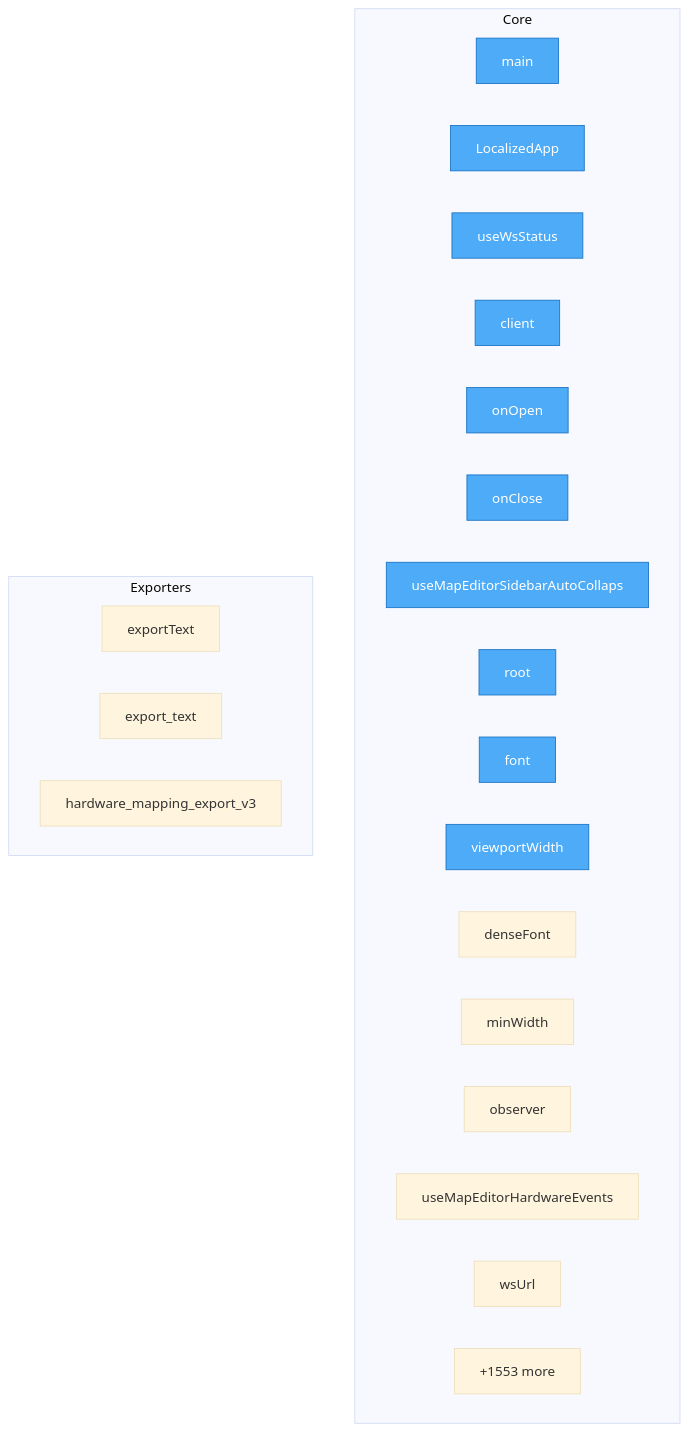
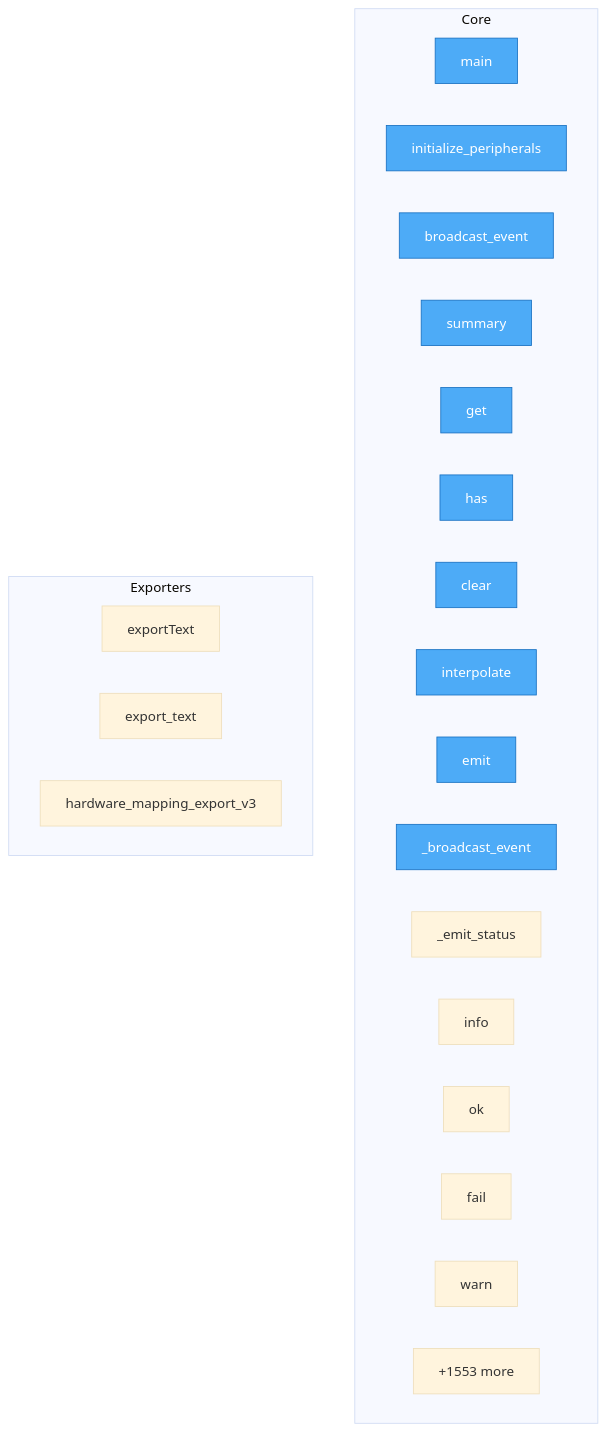
One commit to oqlos/oqlos changed the diagram in project/flow.mmd. Above: the diagram before and after it, drawn with Mermaid (base theme). The commit also changed 21 other files, not shown here.

```diff
--- a/project/flow.mmd
+++ b/project/flow.mmd
@@ -1,32 +1,32 @@
 flowchart TD
-%% generated in 0.08s
+%% generated in 0.06s
 
     %% Entry points (blue)
     classDef entry fill:#4dabf7,stroke:#1971c2,color:#fff
 
     subgraph Core
         setup_hardware_and_run_oql__main["main"]
-        frontend__src__main__LocalizedApp["LocalizedApp"]
-        frontend__src__hooks__useWsStatus__useWsStatus["useWsStatus"]
-        frontend__src__hooks__useWsStatus__client["client"]
-        frontend__src__hooks__useWsStatus__onOpen["onOpen"]
-        frontend__src__hooks__useWsStatus__onClose["onClose"]
-        frontend__src__hooks__useMapEditorSidebarAutoCollapse__useMapEditorSidebarAutoCollapse["useMapEditorSidebarAutoCollaps"]
-        frontend__src__hooks__useMapEditorSidebarAutoCollapse__root["root"]
-        frontend__src__hooks__useMapEditorSidebarAutoCollapse__font["font"]
-        frontend__src__hooks__useMapEditorSidebarAutoCollapse__viewportWidth["viewportWidth"]
-        frontend__src__hooks__useMapEditorSidebarAutoCollapse__denseFont["denseFont"]
-        frontend__src__hooks__useMapEditorSidebarAutoCollapse__minWidth["minWidth"]
-        frontend__src__hooks__useMapEditorSidebarAutoCollapse__observer["observer"]
-        frontend__src__hooks__useMapEditorHardwareEvents__useMapEditorHardwareEvents["useMapEditorHardwareEvents"]
-        frontend__src__hooks__useMapEditorHardwareEvents__wsUrl["wsUrl"]
+        oqlos__core__state__StateManager__initialize_peripherals["initialize_peripherals"]
+        oqlos__core__state__StateManager__broadcast_event["broadcast_event"]
+        oqlos__core__base__ScriptResult__summary["summary"]
+        oqlos__core__base__VariableStore__get["get"]
+        oqlos__core__base__VariableStore__has["has"]
+        oqlos__core__base__VariableStore__clear["clear"]
+        oqlos__core__base__VariableStore__interpolate["interpolate"]
+        oqlos__core__base__InterpreterOutput__emit["emit"]
+        oqlos__core__base__InterpreterOutput___broadcast_event["_broadcast_event"]
+        oqlos__core__base__InterpreterOutput___emit_status["_emit_status"]
+        oqlos__core__base__InterpreterOutput__info["info"]
+        oqlos__core__base__InterpreterOutput__ok["ok"]
+        oqlos__core__base__InterpreterOutput__fail["fail"]
+        oqlos__core__base__InterpreterOutput__warn["warn"]
         ...["+1553 more"]
     end
 
     subgraph Exporters
         frontend__src__pages__HardwareRestart__exportText["exportText"]
         oqlos__api__hardware_mapping_store__MappingStore__export_text["export_text"]
         oqlos__api___hw3_mapping__hardware_mapping_export_v3["hardware_mapping_export_v3"]
     end
 
-    class setup_hardware_and_run_oql__main,frontend__src__main__LocalizedApp,frontend__src__hooks__useWsStatus__useWsStatus,frontend__src__hooks__useWsStatus__client,frontend__src__hooks__useWsStatus__onOpen,frontend__src__hooks__useWsStatus__onClose,frontend__src__hooks__useMapEditorSidebarAutoCollapse__useMapEditorSidebarAutoCollapse,frontend__src__hooks__useMapEditorSidebarAutoCollapse__root,frontend__src__hooks__useMapEditorSidebarAutoCollapse__font,frontend__src__hooks__useMapEditorSidebarAutoCollapse__viewportWidth entry
+    class setup_hardware_and_run_oql__main,oqlos__core__state__StateManager__initialize_peripherals,oqlos__core__state__StateManager__broadcast_event,oqlos__core__base__ScriptResult__summary,oqlos__core__base__VariableStore__get,oqlos__core__base__VariableStore__has,oqlos__core__base__VariableStore__clear,oqlos__core__base__VariableStore__interpolate,oqlos__core__base__InterpreterOutput__emit,oqlos__core__base__InterpreterOutput___broadcast_event entry
```
